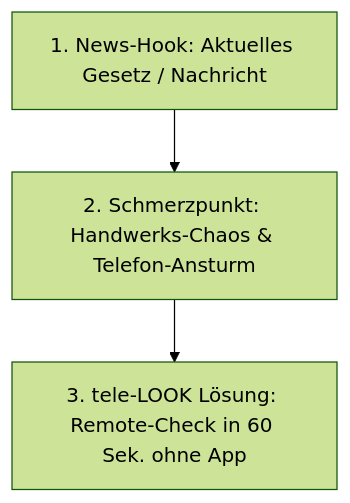
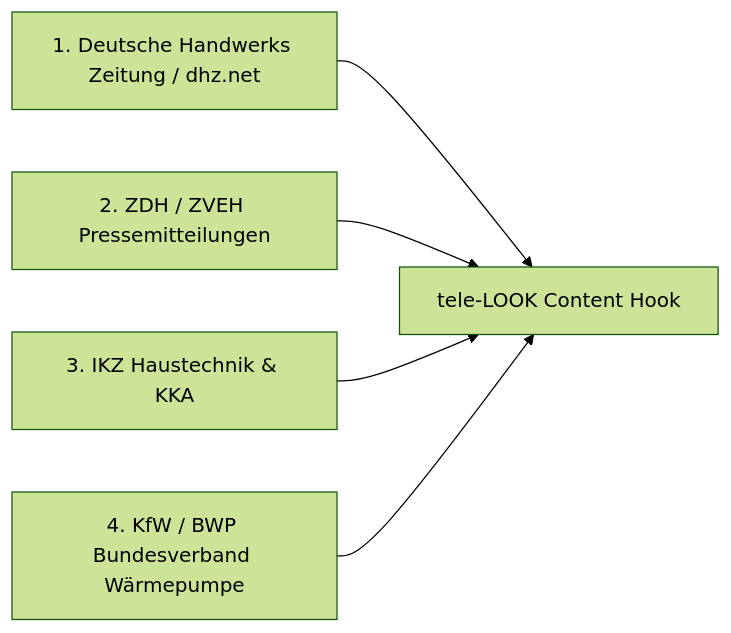
Before and after one commit to re2go-stack/tele-LOOK-Marketing: the diagram in 00_allgemein/aktuelles_news_jacking_und_gesetzgebung_guide.md, drawn with Mermaid (forest theme). The commit also changed other lines of this file and 1 other file, not shown here.

Commit message:
feat: incorporate DHZ (Deutsche Handwerks Zeitung) EEG-Novelle 2027 news hook into content guidelines and Instagram posts

````diff
--- a/00_allgemein/aktuelles_news_jacking_und_gesetzgebung_guide.md
+++ b/00_allgemein/aktuelles_news_jacking_und_gesetzgebung_guide.md
@@ -26,5 +30,7 @@
 ```mermaid
-graph TD
-    N[1. News-Hook: Aktuelles Gesetz / Nachricht] --> P[2. Schmerzpunkt: Handwerks-Chaos & Telefon-Ansturm]
-    P --> S[3. tele-LOOK Lösung: Remote-Check in 60 Sek. ohne App]
+graph LR
+    DHZ[1. Deutsche Handwerks Zeitung / dhz.net] --> CONTENT[tele-LOOK Content Hook]
+    ZDH[2. ZDH / ZVEH Pressemitteilungen] --> CONTENT
+    IKZ[3. IKZ Haustechnik & KKA] --> CONTENT
+    KFW[4. KfW / BWP Bundesverband Wärmepumpe] --> CONTENT
 ```
````
